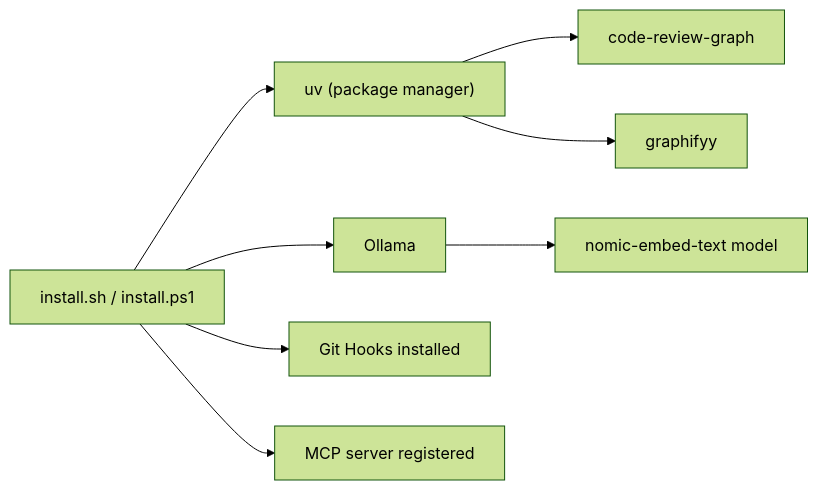
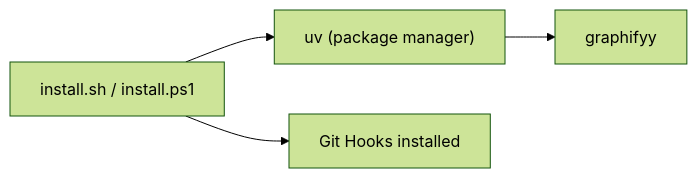
The second of 3 diagrams in openwiki/architecture/system_context.md (lgcorzo/Documentation_agent), drawn with Mermaid (forest theme) before and after one commit. The commit also changed other lines of this file and 20 other files, not shown here.

Commit message:
refactor: eliminate code-review-graph (CRG) and Ollama dependencies

````diff
--- a/openwiki/architecture/system_context.md
+++ b/openwiki/architecture/system_context.md
@@ -78,10 +72,6 @@
 ```mermaid
 flowchart LR
     A["install.sh / install.ps1"] --> B["uv (package manager)"]
-    B --> C["code-review-graph"]
     B --> D["graphifyy"]
-    A --> E["Ollama"]
-    E --> F["nomic-embed-text model"]
     A --> G["Git Hooks installed"]
-    A --> H["MCP server registered"]
 ```
````
